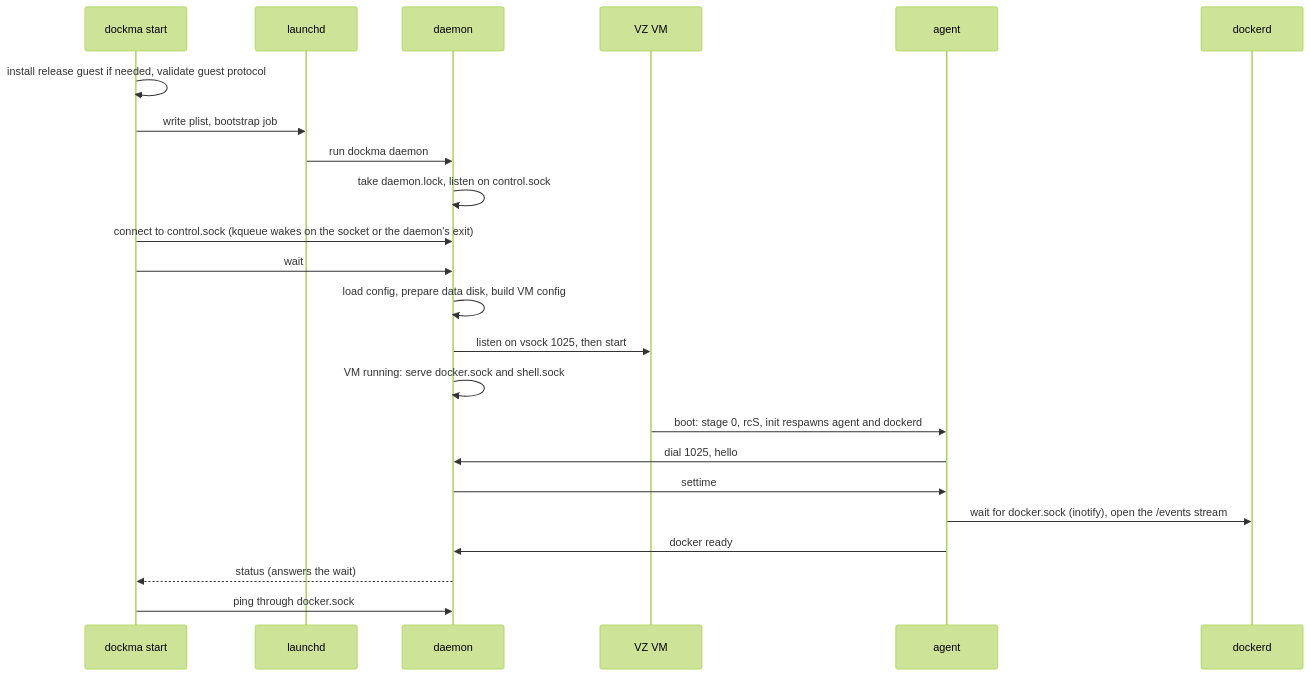
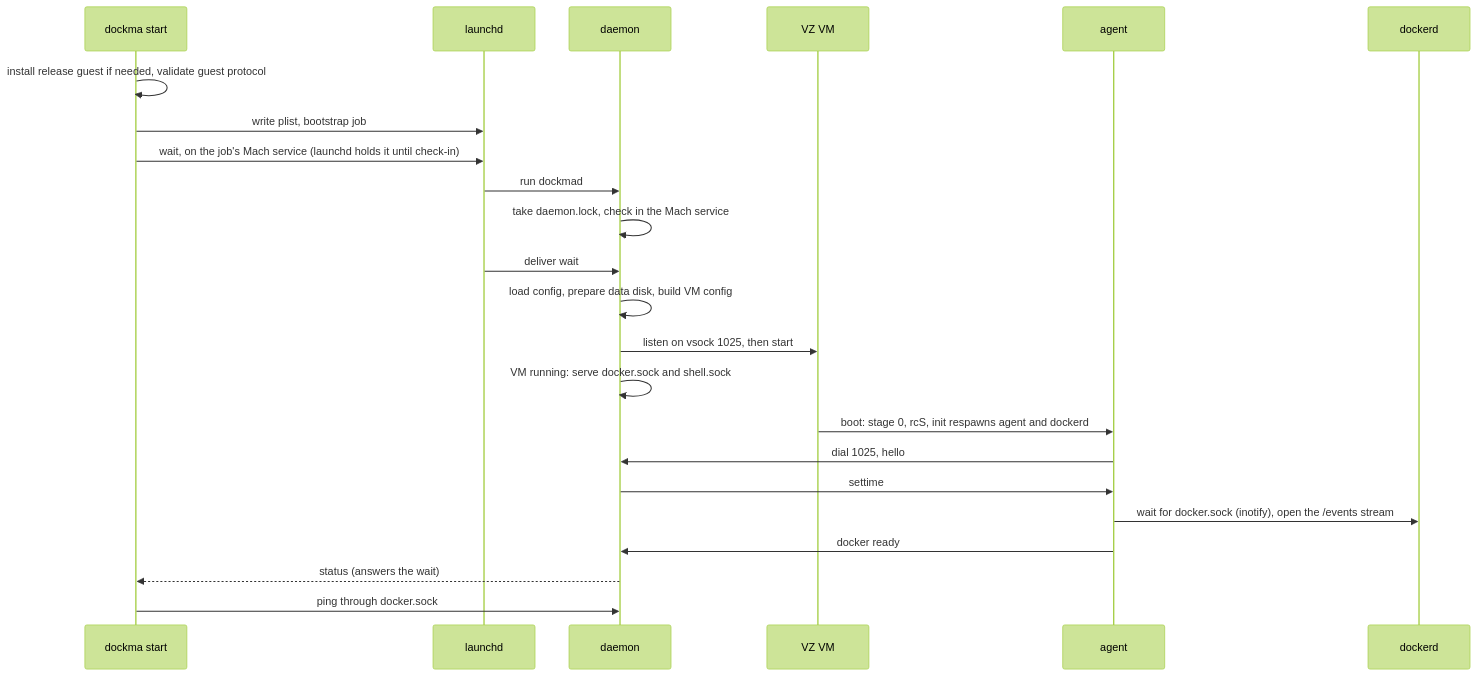
Before and after one commit to maxfrerichs/dockma: the fourth of 8 diagrams in docs/architecture.md, drawn with Mermaid (forest theme). The commit also changed other lines of this file and 27 other files, not shown here.

````diff
--- a/docs/architecture.md
+++ b/docs/architecture.md
@@ -168,25 +167,25 @@
 ```mermaid
 sequenceDiagram
   participant CLI as dockma start
   participant LD as launchd
   participant D as daemon
   participant VM as VZ VM
   participant A as agent
   participant DK as dockerd
   CLI->>CLI: install release guest if needed, validate guest protocol
   CLI->>LD: write plist, bootstrap job
-  LD->>D: run dockma daemon
-  D->>D: take daemon.lock, listen on control.sock
-  CLI->>D: connect to control.sock (kqueue wakes on the socket or the daemon's exit)
-  CLI->>D: wait
+  CLI->>LD: wait, on the job's Mach service (launchd holds it until check-in)
+  LD->>D: run dockmad
+  D->>D: take daemon.lock, check in the Mach service
+  LD->>D: deliver wait
   D->>D: load config, prepare data disk, build VM config
   D->>VM: listen on vsock 1025, then start
   D->>D: VM running: serve docker.sock and shell.sock
   VM->>A: boot: stage 0, rcS, init respawns agent and dockerd
   A->>D: dial 1025, hello
   D->>A: settime
   A->>DK: wait for docker.sock (inotify), open the /events stream
   A->>D: docker ready
   D-->>CLI: status (answers the wait)
   CLI->>D: ping through docker.sock
 ```
````
